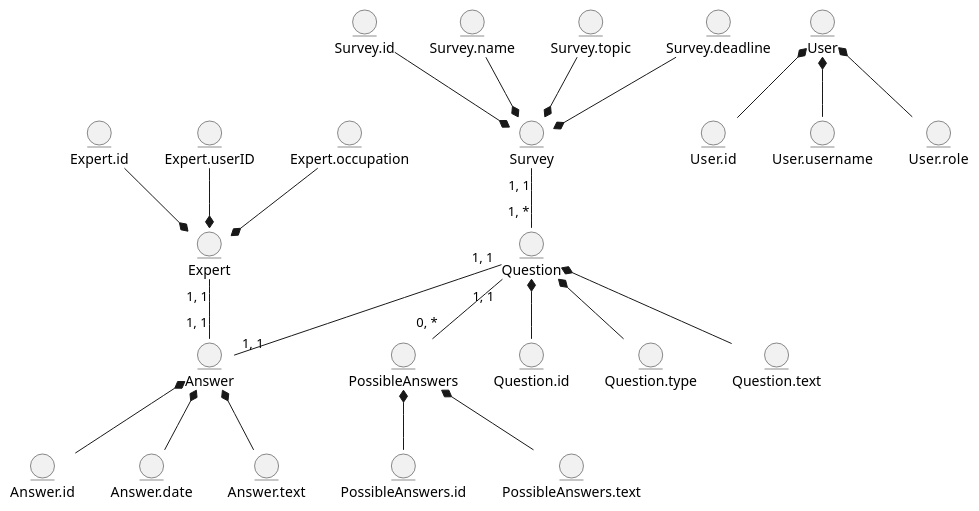
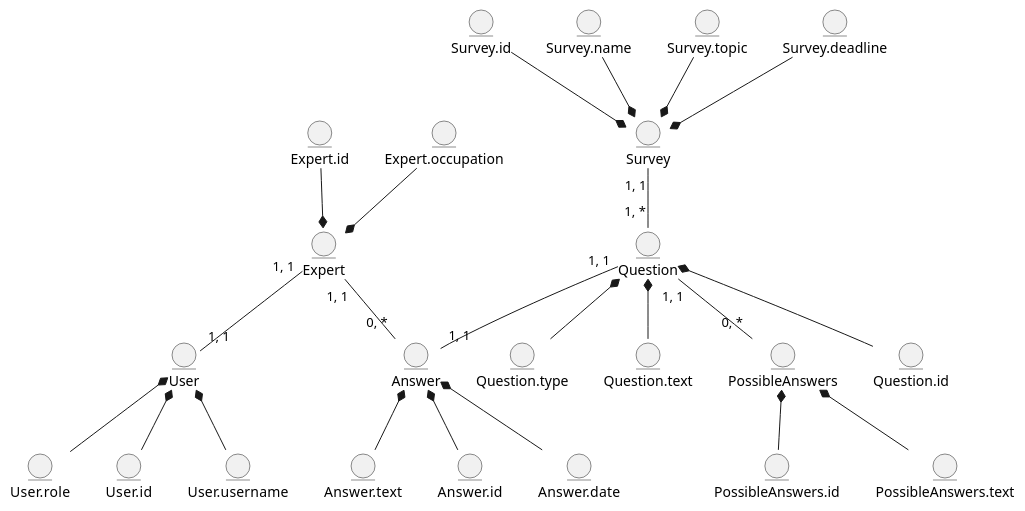
Before and after one commit to anrysliusar/SurvExp: the diagram in src/uml/business-models/BEM.puml, drawn with PlantUML. The commit also changed 1 other file, not shown here.

Commit message:
update BEM and ER models

```diff
--- a/src/uml/business-models/BEM.puml
+++ b/src/uml/business-models/BEM.puml
@@ -1,71 +1,70 @@
 @startuml
   
   '-----Пользователи-----'
   '-Пользователь-'
   entity User
   entity User.id
   entity User.username
   entity User.role
   '-Эксперт-'
   entity Expert
   entity Expert.id
-  entity Expert.userID
   entity Expert.occupation
   
   '-----Объекты-----'
   '-Опрос-'
   entity Survey
   entity Survey.id
   entity Survey.name
   entity Survey.topic
   entity Survey.deadline
   '-Вопрос-'
   entity Question
   entity Question.id
   entity Question.type
   entity Question.text
   '-Ответы на анкеты-'
   entity Answer
   entity Answer.id
   entity Answer.date
   entity Answer.text
   '-Возможные ответы-'
   entity PossibleAnswers
   entity PossibleAnswers.id
   entity PossibleAnswers.text
   
   
   '-----Пользователи-----'
   '-Пользователь-'
   User.id -u-* User
   User.username -u-* User
   User.role -u-* User
   '-Эксперт-'
   Expert.id -d-* Expert
-  Expert.userID -d-* Expert
   Expert.occupation -d-* Expert
   
   '-----Объекты-----'
   '-Связи-'
   Question "1, *" -u- "1, 1" Survey
+  User "1, 1" -u- "1, 1" Expert
   Answer "1, 1" -u- "1, 1" Question
-  Answer "1, 1" -u- "1, 1" Expert
+  Answer "0, *" -u- "1, 1" Expert
   PossibleAnswers "0, *" -u- "1, 1" Question
   '-Опрос-'
   Survey.id -d-* Survey
   Survey.name -d-* Survey
   Survey.topic -d-* Survey
   Survey.deadline -d-* Survey
   '-Вопрос-'
   Question.id -u-* Question
   Question.type -u-* Question
   Question.text -u-* Question
   '-Ответы на анкеты-'
   Answer.id -u-* Answer
   Answer.date -u-* Answer
   Answer.text -u-* Answer
   '-Возможные ответы-'
   PossibleAnswers.id -u-* PossibleAnswers
   PossibleAnswers.text -u-* PossibleAnswers
   
 @enduml
```
